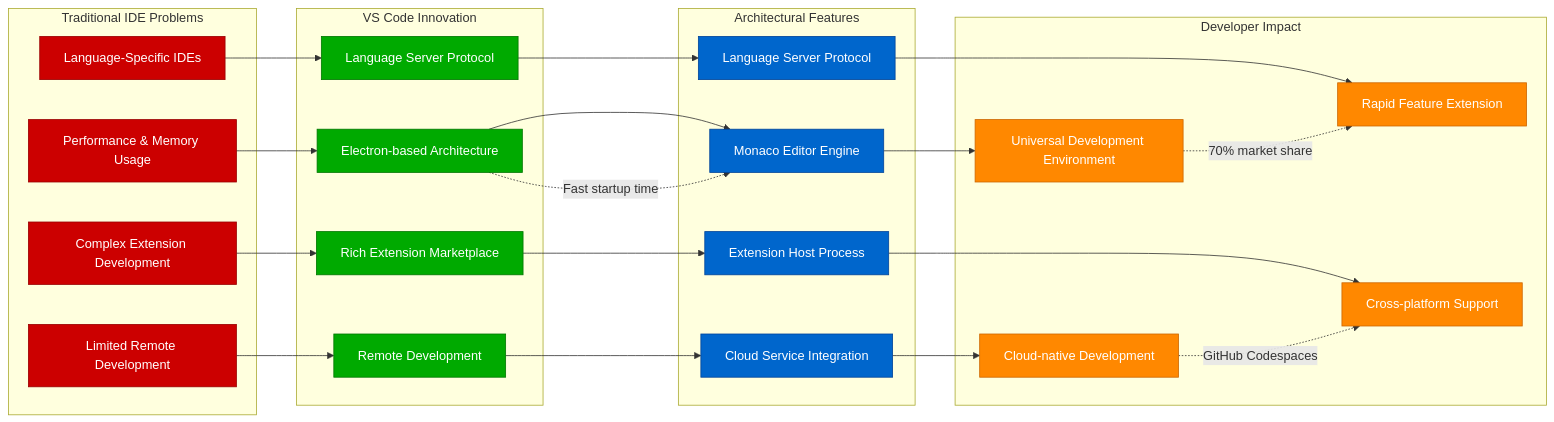
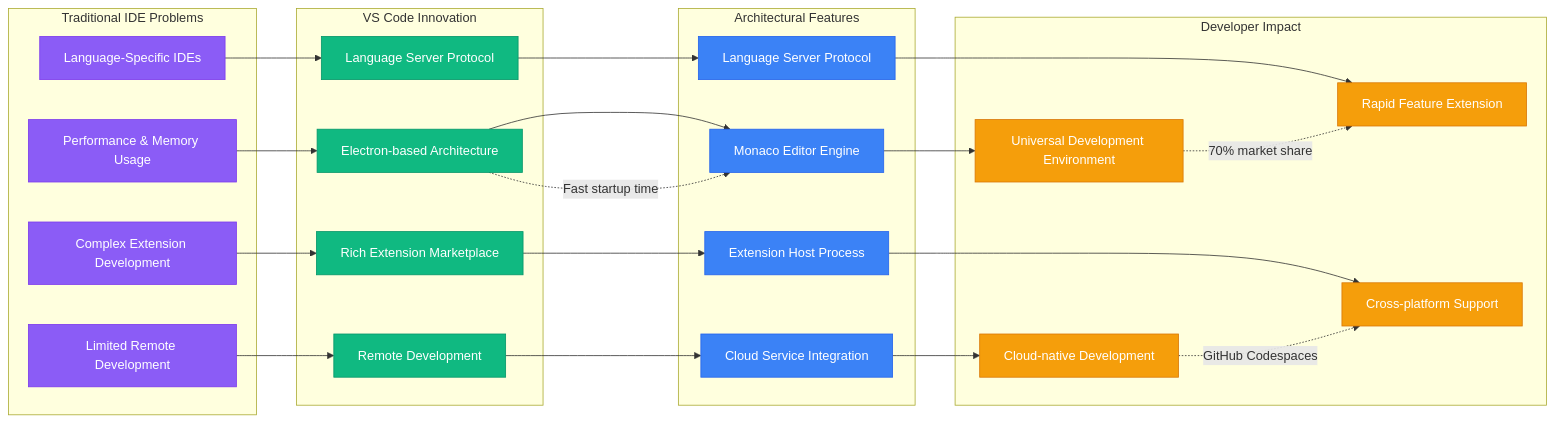
One commit to deepaucksharma/DS changed the sixth of 10 diagrams in site/docs/systems/microsoft/novel-solutions.md. Above: the diagram before and after it, drawn with Mermaid. The commit also changed other lines of this file and 303 other files, not shown here.

````diff
--- a/site/docs/systems/microsoft/novel-solutions.md
+++ b/site/docs/systems/microsoft/novel-solutions.md
@@ -351,63 +351,63 @@
 ```mermaid
 graph LR
     subgraph IDEProblem[Traditional IDE Problems]
         PERFORMANCE_ISSUES[Performance & Memory Usage]
         LANGUAGE_SILOS[Language-Specific IDEs]
         EXTENSION_COMPLEXITY[Complex Extension Development]
         REMOTE_DEVELOPMENT[Limited Remote Development]
     end
 
     subgraph VSCodeInnovation[VS Code Innovation]
         ELECTRON_ARCHITECTURE[Electron-based Architecture]
         LANGUAGE_SERVER[Language Server Protocol]
         EXTENSION_MARKETPLACE[Rich Extension Marketplace]
         REMOTE_CAPABILITIES[Remote Development]
     end
 
     subgraph ArchitecturalFeatures[Architectural Features]
         MONACO_EDITOR[Monaco Editor Engine]
         LSP_PROTOCOL[Language Server Protocol]
         EXTENSION_HOST[Extension Host Process]
         CLOUD_INTEGRATION[Cloud Service Integration]
     end
 
     subgraph DeveloperImpact[Developer Impact]
         UNIVERSAL_IDE[Universal Development Environment]
         RAPID_EXTENSIBILITY[Rapid Feature Extension]
         CROSS_PLATFORM[Cross-platform Support]
         CLOUD_DEVELOPMENT[Cloud-native Development]
     end
 
     %% Problem to innovation
     PERFORMANCE_ISSUES --> ELECTRON_ARCHITECTURE
     LANGUAGE_SILOS --> LANGUAGE_SERVER
     EXTENSION_COMPLEXITY --> EXTENSION_MARKETPLACE
     REMOTE_DEVELOPMENT --> REMOTE_CAPABILITIES
 
     %% Innovation to features
     ELECTRON_ARCHITECTURE --> MONACO_EDITOR
     LANGUAGE_SERVER --> LSP_PROTOCOL
     EXTENSION_MARKETPLACE --> EXTENSION_HOST
     REMOTE_CAPABILITIES --> CLOUD_INTEGRATION
 
     %% Features to impact
     MONACO_EDITOR --> UNIVERSAL_IDE
     LSP_PROTOCOL --> RAPID_EXTENSIBILITY
     EXTENSION_HOST --> CROSS_PLATFORM
     CLOUD_INTEGRATION --> CLOUD_DEVELOPMENT
 
     %% Success metrics
     ELECTRON_ARCHITECTURE -.->|"Fast startup time"| MONACO_EDITOR
     UNIVERSAL_IDE -.->|"70% market share"| RAPID_EXTENSIBILITY
     CLOUD_DEVELOPMENT -.->|"GitHub Codespaces"| CROSS_PLATFORM
 
-    classDef problemStyle fill:#CC0000,stroke:#990000,color:#fff
-    classDef innovationStyle fill:#00AA00,stroke:#007700,color:#fff
-    classDef featureStyle fill:#0066CC,stroke:#004499,color:#fff
-    classDef impactStyle fill:#FF8800,stroke:#CC6600,color:#fff
+    classDef problemStyle fill:#8B5CF6,stroke:#7C3AED,color:#fff
+    classDef innovationStyle fill:#10B981,stroke:#059669,color:#fff
+    classDef featureStyle fill:#3B82F6,stroke:#2563EB,color:#fff
+    classDef impactStyle fill:#F59E0B,stroke:#D97706,color:#fff
 
     class PERFORMANCE_ISSUES,LANGUAGE_SILOS,EXTENSION_COMPLEXITY,REMOTE_DEVELOPMENT problemStyle
     class ELECTRON_ARCHITECTURE,LANGUAGE_SERVER,EXTENSION_MARKETPLACE,REMOTE_CAPABILITIES innovationStyle
     class MONACO_EDITOR,LSP_PROTOCOL,EXTENSION_HOST,CLOUD_INTEGRATION featureStyle
     class UNIVERSAL_IDE,RAPID_EXTENSIBILITY,CROSS_PLATFORM,CLOUD_DEVELOPMENT impactStyle
 ```
````
